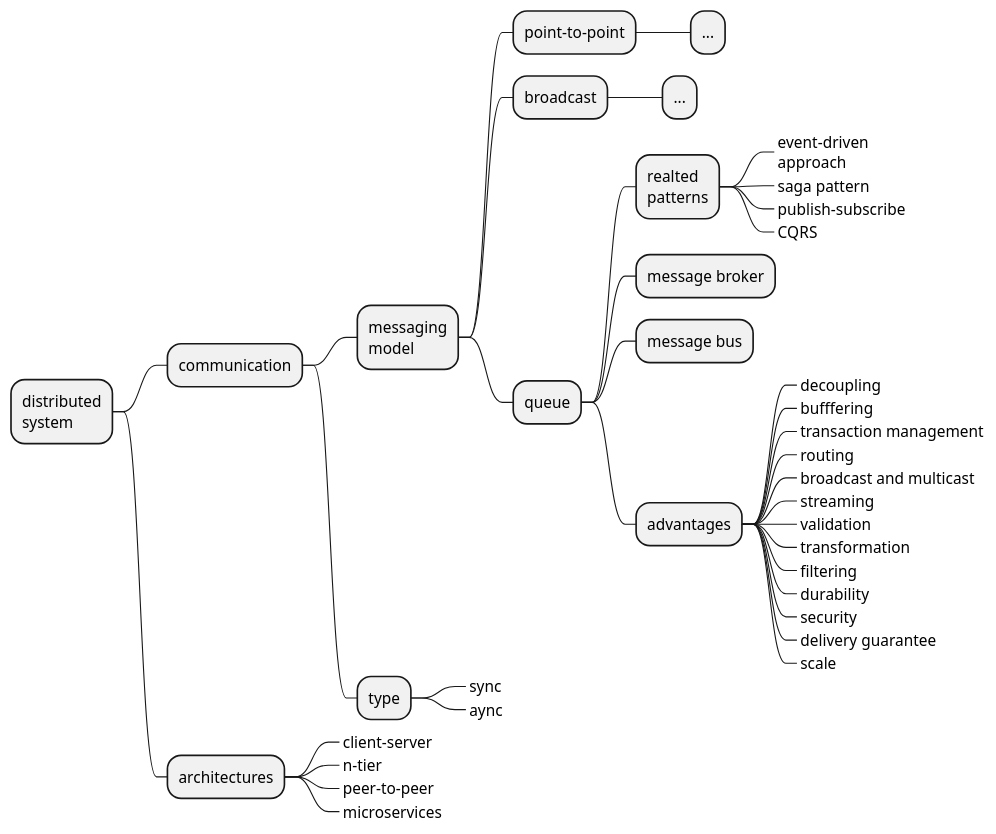
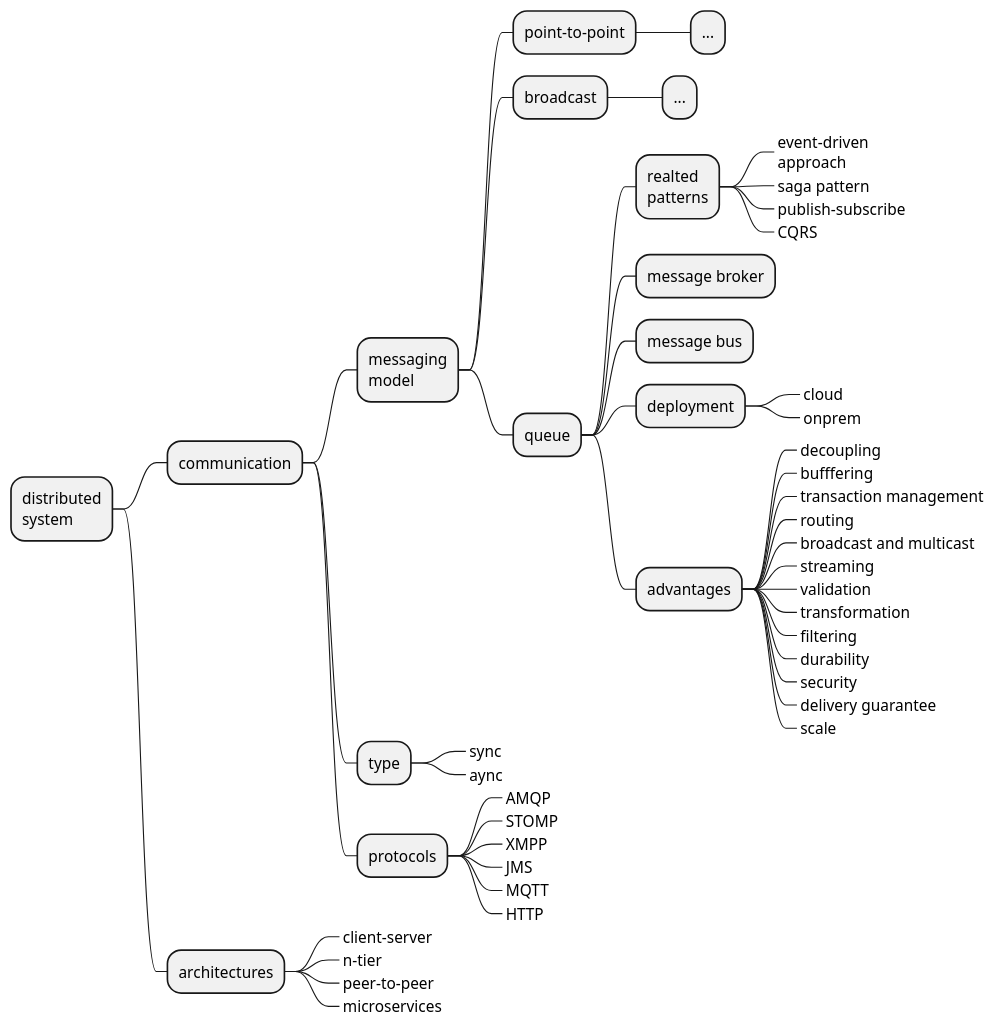
The diagram in messaging-roadmap.iuml (levplotkin/messaging-roadmap), drawn with PlantUML before and after one commit.

```diff
--- a/messaging-roadmap.iuml
+++ b/messaging-roadmap.iuml
@@ -1,51 +1,64 @@
 @startmindmap
 
 + distributed\nsystem
 ++ communication
 
 +++ messaging\nmodel
 
 ++++ point-to-point
 +++++ ...
 
 ++++ broadcast
 +++++ ...
 
 ++++ queue
 
 +++++ realted\npatterns
 ++++++_ event-driven\napproach
 ++++++_ saga pattern
 ++++++_ publish–subscribe
 ++++++_ CQRS
 
 +++++ message broker
 
 +++++ message bus
 
++++++ deployment
+++++++_ cloud
+++++++_ onprem
+
+
 +++++ advantages
 ++++++_ decoupling
 ++++++_ bufffering
 ++++++_ transaction management
 ++++++_ routing
 ++++++_ broadcast and multicast
 ++++++_ streaming
 ++++++_ validation
 ++++++_ transformation
 ++++++_ filtering
 ++++++_ durability
 ++++++_ security
 ++++++_ delivery guarantee
 ++++++_ scale
 
 +++ type
 ++++_ sync
 ++++_ aync
 
++++ protocols
+++++_ AMQP
+++++_ STOMP
+++++_ XMPP
+++++_ JMS
+++++_ MQTT
+++++_ HTTP
+
 ++ architectures
 +++_ client–server
 +++_ n-tier
 +++_ peer-to-peer
 +++_ microservices
 
 @endmindmap
```
